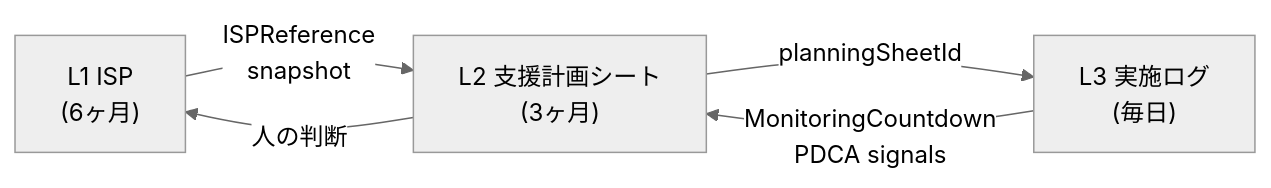
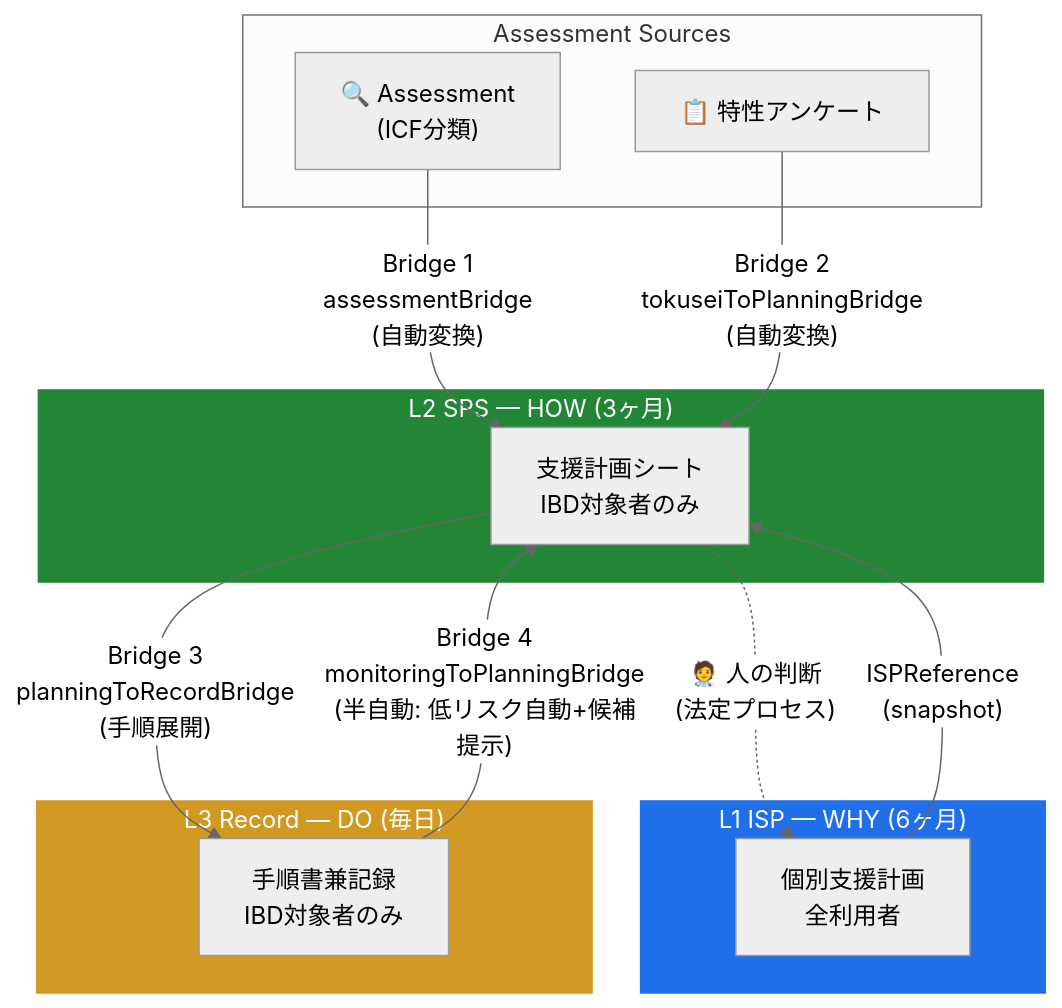
The diagram in docs/architecture.md (yasutakesougo/audit-management-system-mvp), drawn with Mermaid (neutral theme) before and after one commit. The commit also changed other lines of this file and 1 other file, not shown here.

Commit message:
docs: update current status, add architecture diagram, clarify canonical sources
- Replace outdated Phase 2/3 status in README with current operational
  baseline summary (ISP three-layer, drift resilience, observability,
  quality gates). README: 1485 → 1474 lines.
- Add unified mermaid diagram to docs/architecture.md showing L1/L2/L3
  layers, all 4 Bridges with direction and automation level, assessment
  sources, and human-in-the-loop boundary.
- Add "information authority levels" table to §7: Normative (ADR) >
  Entry (architecture.md) > Source (code/schema). Explicitly states
  ADR wins on contradiction.
- Created issue #1456 for undecided L2→L1 proposal signal policy.

````diff
--- a/docs/architecture.md
+++ b/docs/architecture.md
@@ -70,7 +70,30 @@
 ```mermaid
-graph LR
-  ISP["L1 ISP<br/>(6ヶ月)"] -->|ISPReference<br/>snapshot| SPS["L2 支援計画シート<br/>(3ヶ月)"]
-  SPS -->|planningSheetId| REC["L3 実施ログ<br/>(毎日)"]
-  REC -->|MonitoringCountdown<br/>PDCA signals| SPS
-  SPS -->|人の判断| ISP
+graph TD
+  subgraph "Assessment Sources"
+    ASM["🔍 Assessment<br/>(ICF分類)"]
+    TOK["📋 特性アンケート"]
+  end
+
+  subgraph L1["L1 ISP — WHY (6ヶ月)"]
+    ISP["個別支援計画<br/>全利用者"]
+  end
+
+  subgraph L2["L2 SPS — HOW (3ヶ月)"]
+    SPS["支援計画シート<br/>IBD対象者のみ"]
+  end
+
+  subgraph L3["L3 Record — DO (毎日)"]
+    REC["手順書兼記録<br/>IBD対象者のみ"]
+  end
+
+  ASM -->|"Bridge 1<br/>assessmentBridge<br/>(自動変換)"| SPS
+  TOK -->|"Bridge 2<br/>tokuseiToPlanningBridge<br/>(自動変換)"| SPS
+  ISP -->|"ISPReference<br/>(snapshot)"| SPS
+  SPS -->|"Bridge 3<br/>planningToRecordBridge<br/>(手順展開)"| REC
+  REC -->|"Bridge 4<br/>monitoringToPlanningBridge<br/>(半自動: 低リスク自動+候補提示)"| SPS
+  SPS -.->|"🧑‍⚕️ 人の判断<br/>(法定プロセス)"| ISP
+
+  style L1 fill:#1f6feb,color:#fff,stroke:#1f6feb
+  style L2 fill:#238636,color:#fff,stroke:#238636
+  style L3 fill:#d29922,color:#fff,stroke:#d29922
 ```
````
